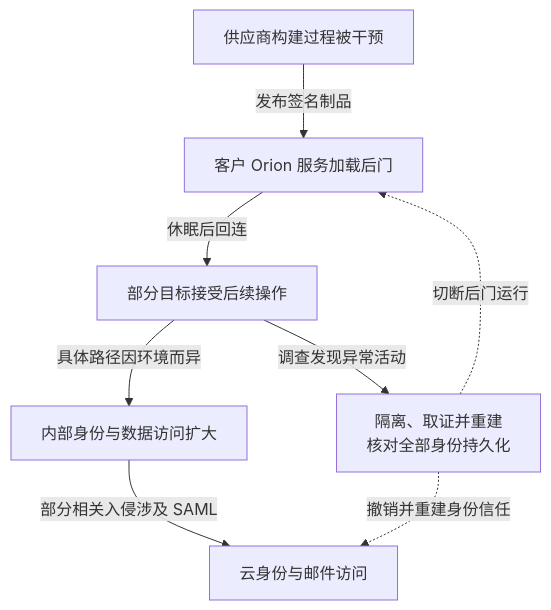
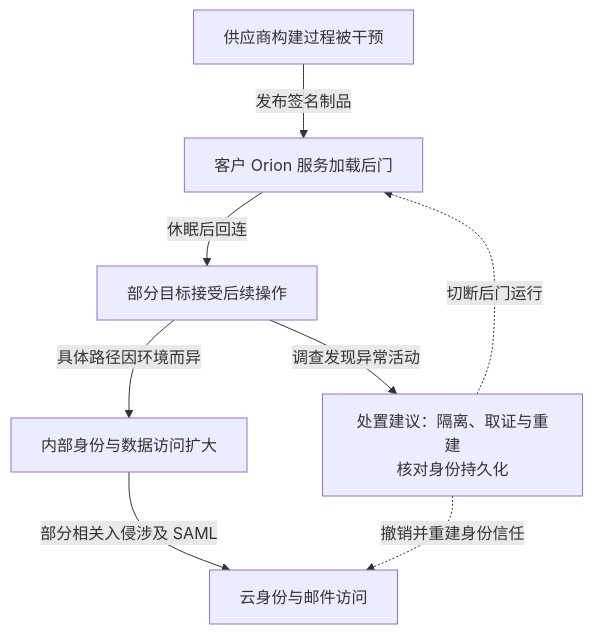
One commit to FeeiCN/FEEI.CN changed the diagram in docs/01-网络安全/01-网络空间安全/01-安全威胁/01-历史攻击事件/2020-SolarWinds供应链入侵事件分析.md. Above: the diagram before and after it, drawn with Mermaid. The commit also changed other lines of this file and 11 other files, not shown here.

````diff
--- a/docs/01-网络安全/01-网络空间安全/01-安全威胁/01-历史攻击事件/2020-SolarWinds供应链入侵事件分析.md
+++ b/docs/01-网络安全/01-网络空间安全/01-安全威胁/01-历史攻击事件/2020-SolarWinds供应链入侵事件分析.md
@@ -27,14 +27,14 @@
 ```mermaid
 flowchart TB
   accTitle: 从可信更新到下游持久访问
   accDescr: 攻击者在构建中注入后门，客户安装签名更新后产生回连，部分目标被进一步人工入侵。相关调查观察到凭证和联合身份持久化；这些并非全部客户的共同经过。响应需核对制品、主机及身份。
   a["供应商构建过程被干预"] -->|发布签名制品| b["客户 Orion 服务加载后门"]
   b -->|休眠后回连| c["部分目标接受后续操作"]
   c -->|具体路径因环境而异| d["内部身份与数据访问扩大"]
   d -->|部分相关入侵涉及 SAML| e["云身份与邮件访问"]
-  c -->|调查发现异常活动| r["隔离、取证并重建<br/>核对全部身份持久化"]
+  c -->|调查发现异常活动| r["处置建议：隔离、取证与重建<br/>核对身份持久化"]
   r -. 切断后门运行 .-> b
   r -. 撤销并重建身份信任 .-> e
   class a,b,c,d main
   class r response
 ```
````
